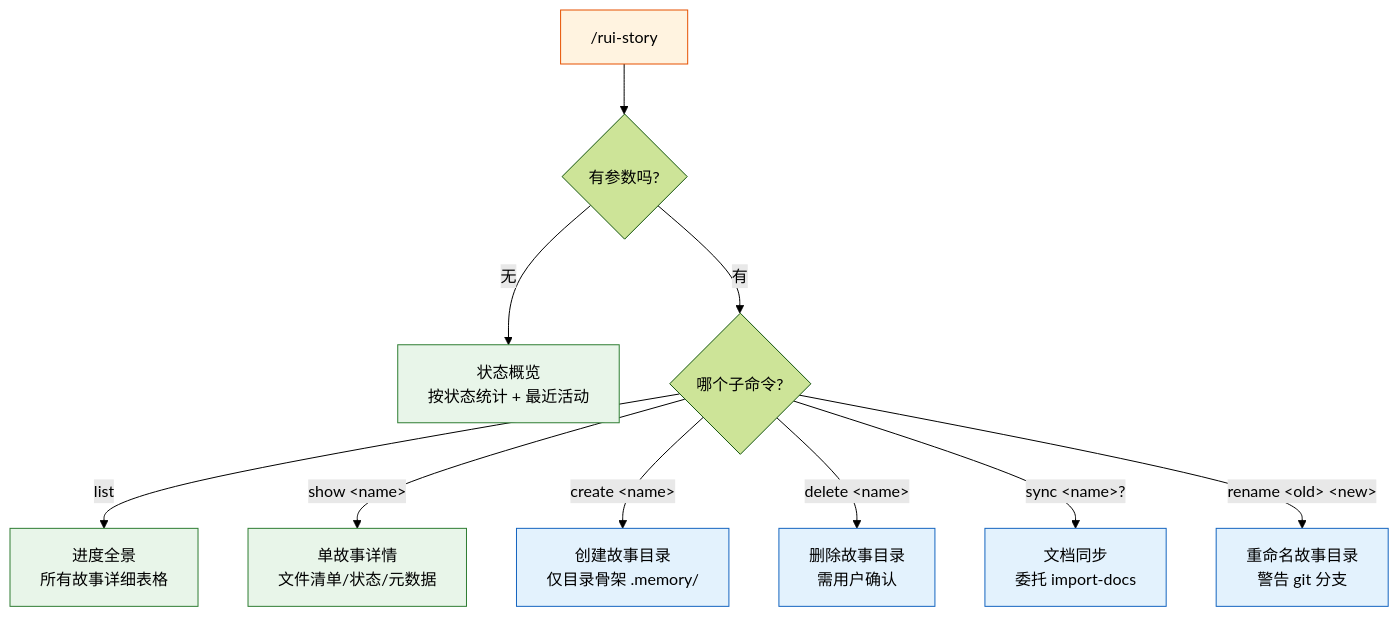
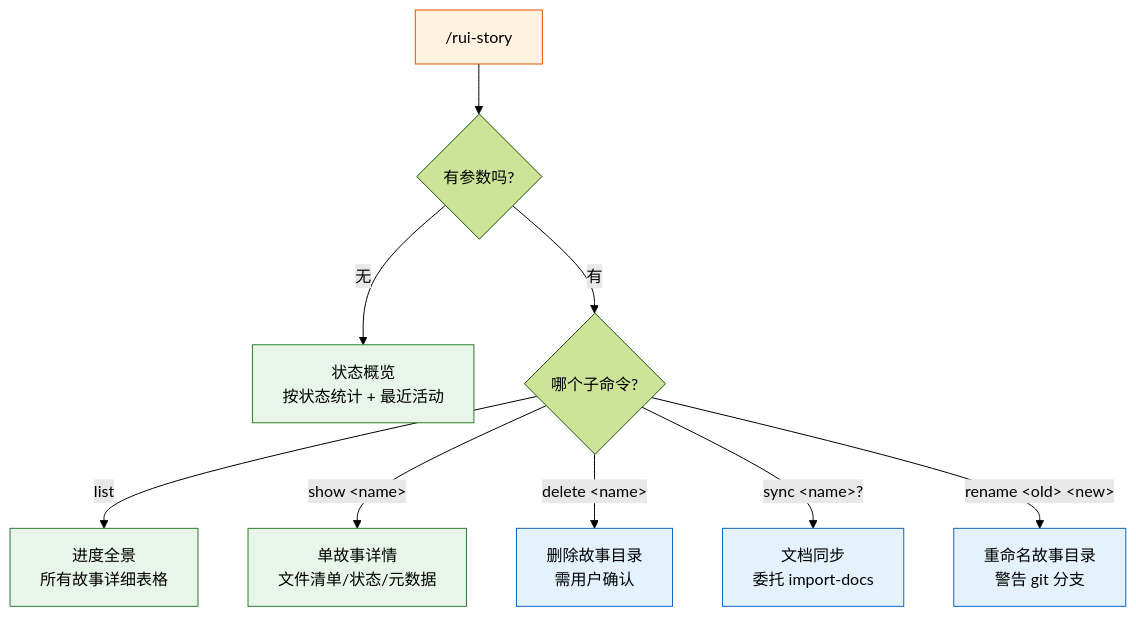
One commit to effiy/YrY changed the first of 12 diagrams in skills/rui-story/SKILL.md. Above: the diagram before and after it, drawn with Mermaid (forest theme). The commit also changed other lines of this file and 6 other files, not shown here.

````diff
--- a/skills/rui-story/SKILL.md
+++ b/skills/rui-story/SKILL.md
@@ -18,16 +18,15 @@
 ```mermaid
 flowchart TD
     ENTRY["/rui-story"]:::entry --> Q1{"有参数吗?"}
     Q1 -->|"无"| OVERVIEW["状态概览<br/>按状态统计 + 最近活动"]:::read
     Q1 -->|"有"| Q2{"哪个子命令?"}
     Q2 -->|"list"| LIST["进度全景<br/>所有故事详细表格"]:::read
     Q2 -->|"show &lt;name&gt;"| SHOW["单故事详情<br/>文件清单/状态/元数据"]:::read
-    Q2 -->|"create &lt;name&gt;"| CREATE["创建故事目录<br/>仅目录骨架 .memory/"]:::write
     Q2 -->|"delete &lt;name&gt;"| DELETE["删除故事目录<br/>需用户确认"]:::write
     Q2 -->|"sync &lt;name&gt;?"| SYNC["文档同步<br/>委托 import-docs"]:::write
     Q2 -->|"rename &lt;old&gt; &lt;new&gt;"| RENAME["重命名故事目录<br/>警告 git 分支"]:::write
 
     classDef entry fill:#fff3e0,stroke:#e65100;
     classDef read fill:#e8f5e9,stroke:#2e7d32;
     classDef write fill:#e3f2fd,stroke:#1565c0;
 ```
````
